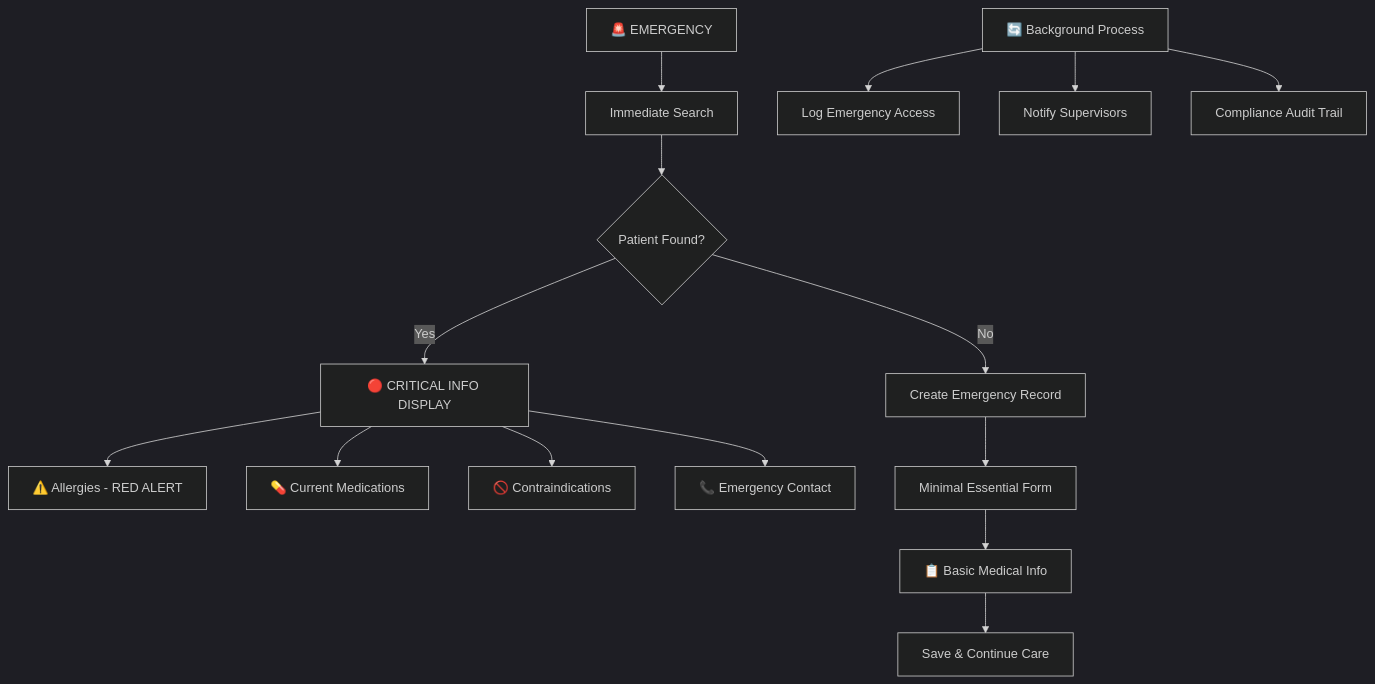
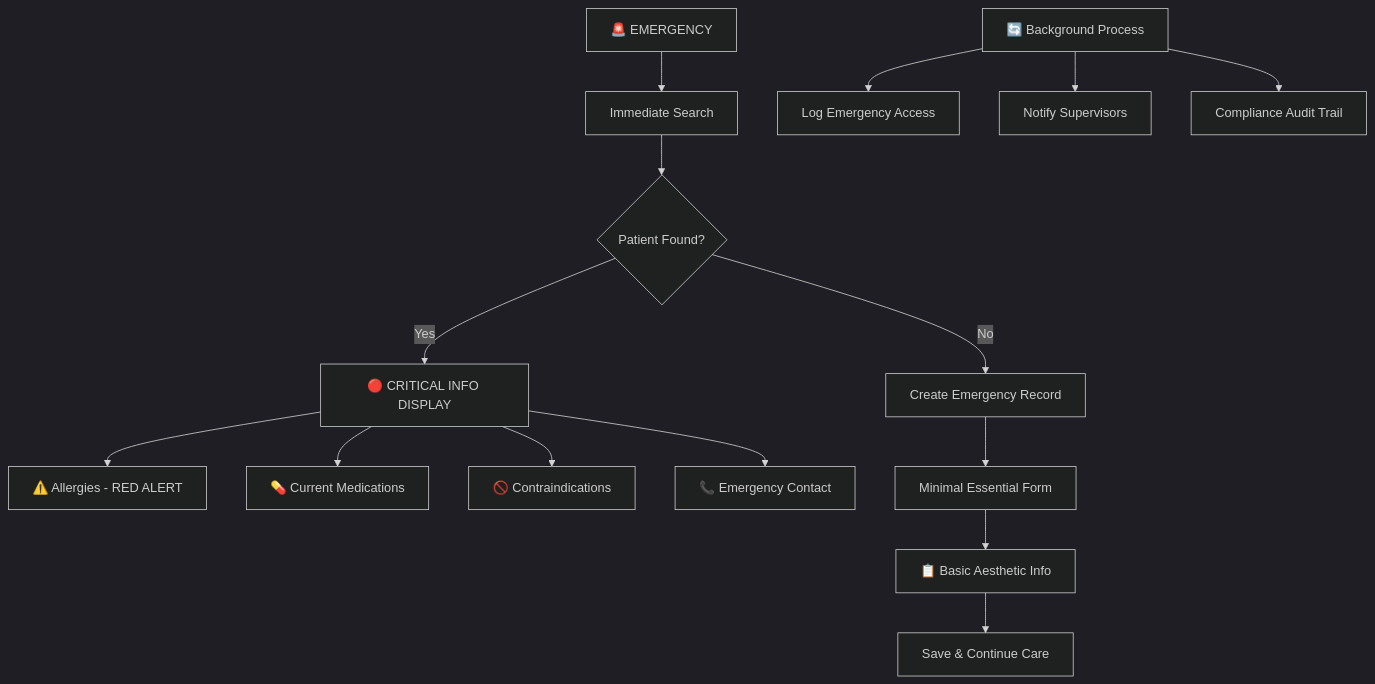
One commit to GrupoUS/neonpro changed the second of 8 diagrams in docs/front-end-spec.md. Above: the diagram before and after it, drawn with Mermaid (dark theme). The commit also changed other lines of this file and 305 other files, not shown here.

````diff
--- a/docs/front-end-spec.md
+++ b/docs/front-end-spec.md
@@ -277,21 +268,21 @@
 ```mermaid
 graph TD
     A[🚨 EMERGENCY] --> B[Immediate Search]
     B --> C{Patient Found?}
 
     C -->|Yes| D[🔴 CRITICAL INFO DISPLAY]
     C -->|No| E[Create Emergency Record]
 
     D --> F[⚠️ Allergies - RED ALERT]
     D --> G[💊 Current Medications]
     D --> H[🚫 Contraindications]
     D --> I[📞 Emergency Contact]
 
     E --> J[Minimal Essential Form]
-    J --> K[📋 Basic Medical Info]
+    J --> K[📋 Basic Aesthetic Info]
     K --> L[Save & Continue Care]
 
     BACKGROUND[🔄 Background Process] --> M[Log Emergency Access]
     BACKGROUND --> N[Notify Supervisors]
     BACKGROUND --> O[Compliance Audit Trail]
 ```
````
